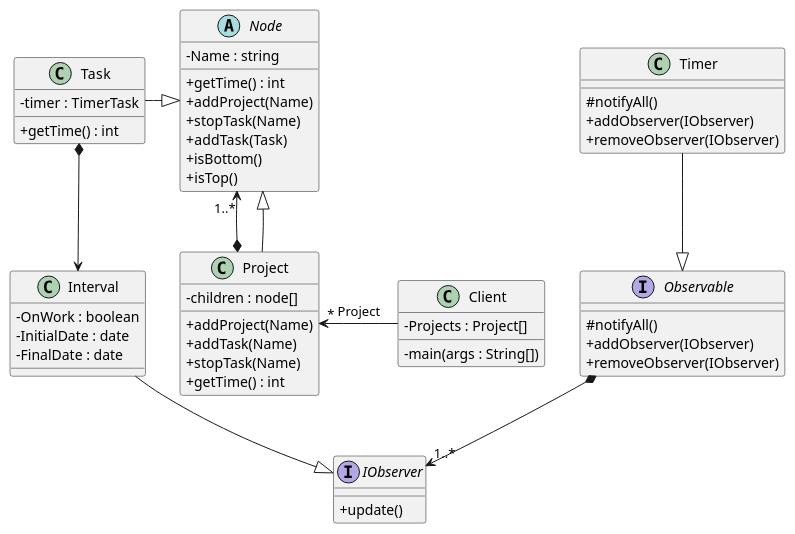
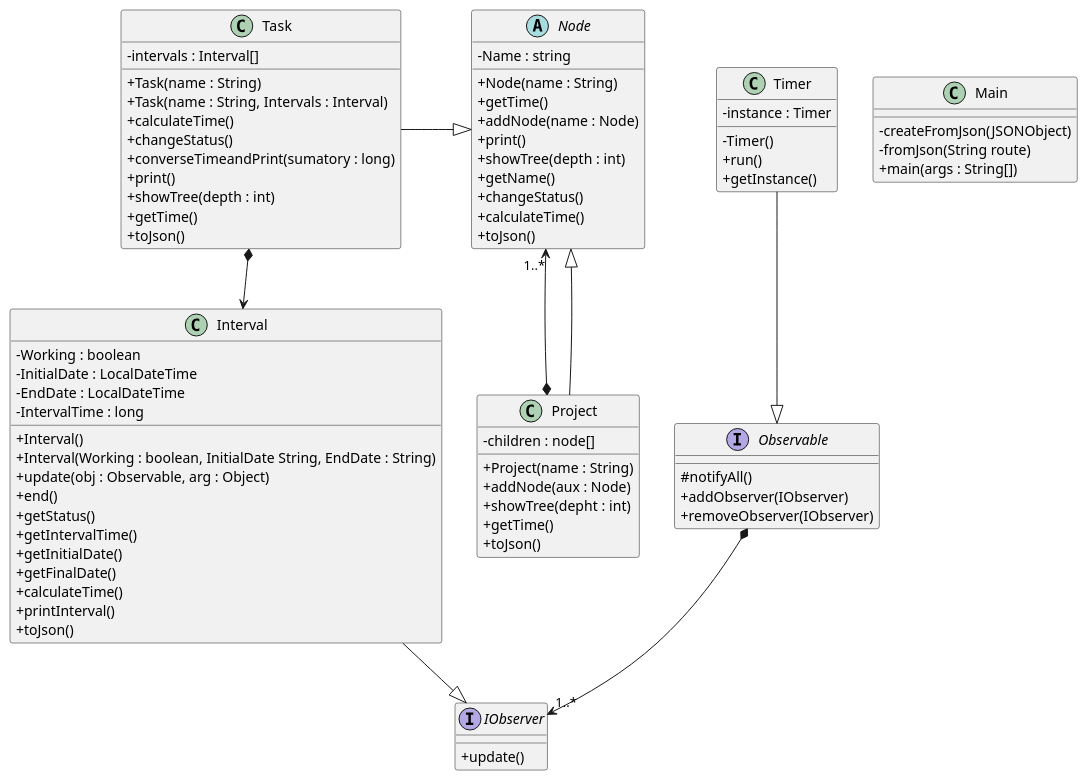
The diagram in model.puml (lluisalonsop/PracticaDS-2021-2022), drawn with PlantUML before and after one commit.

Commit message:
Versión final model.puml

```diff
--- a/model.puml
+++ b/model.puml
@@ -1,59 +1,85 @@
 @startuml
 
 skinparam classAttributeIconSize 0
 
-class Client {
-    - Projects : Project[]
-    - main(args : String[])
+class Main {
+    - createFromJson(JSONObject)
+    - fromJson(String route)
+    + main(args : String[])
 }
 
 Abstract Node{
     - Name : string
-    + getTime() : int
-    + addProject(Name)
-    +stopTask(Name)
-    + addTask(Task)
-    + isBottom()
-    + isTop()
+    + Node(name : String)
+    + getTime()
+    + addNode(name : Node)
+    + print()
+    + showTree(depth : int)
+    + getName()
+    + changeStatus()
+    + calculateTime()
+    + toJson()
 }
 
 class Project {
     - children : node[]
-    + addProject(Name)
-    + addTask(Name)
-    + stopTask(Name)
-    + getTime() : int
+    + Project(name : String)
+    + addNode(aux : Node)
+    + showTree(depht : int)
+    + getTime()
+    + toJson()
 }
 
 class Task {
-    - timer : TimerTask
-    + getTime() : int
+    - intervals : Interval[]
+    + Task(name : String) 
+    + Task(name : String, Intervals : Interval)
+    + calculateTime()
+    + changeStatus()
+    + converseTimeandPrint(sumatory : long)
+    + print()
+    + showTree(depth : int)
+    + getTime()
+    + toJson()
 }
 class Interval{
-    - OnWork : boolean
-    -InitialDate : date
-    -FinalDate : date
+    - Working : boolean
+    - InitialDate : LocalDateTime
+    - EndDate : LocalDateTime
+    - IntervalTime : long
+    + Interval()
+    + Interval(Working : boolean, InitialDate String, EndDate : String)
+    + update(obj : Observable, arg : Object)
+    + end()
+    + getStatus()
+    + getIntervalTime()
+    + getInitialDate()
+    + getFinalDate()
+    + calculateTime()
+    + printInterval()
+    + toJson()
 }
 
 Interface Observable{
     #notifyAll()
     +addObserver(IObserver)
     +removeObserver(IObserver)
 }
 class Timer{
-    #notifyAll()
-    +addObserver(IObserver)
-    +removeObserver(IObserver)
+    - instance : Timer
+    - Timer()
+    + run()
+    + getInstance()
 }
 Interface (IObserver){
     +update()
 }
 Task *--> Interval
 Project *-up-> "1..*" Node
-Client -left-> "*" Project: Project
+
 Task -right-|> Node
 Project -up-|> Node
 Timer --|> Observable
 Interval --|> IObserver
 Observable *--> "1..*" IObserver
 @enduml
```
